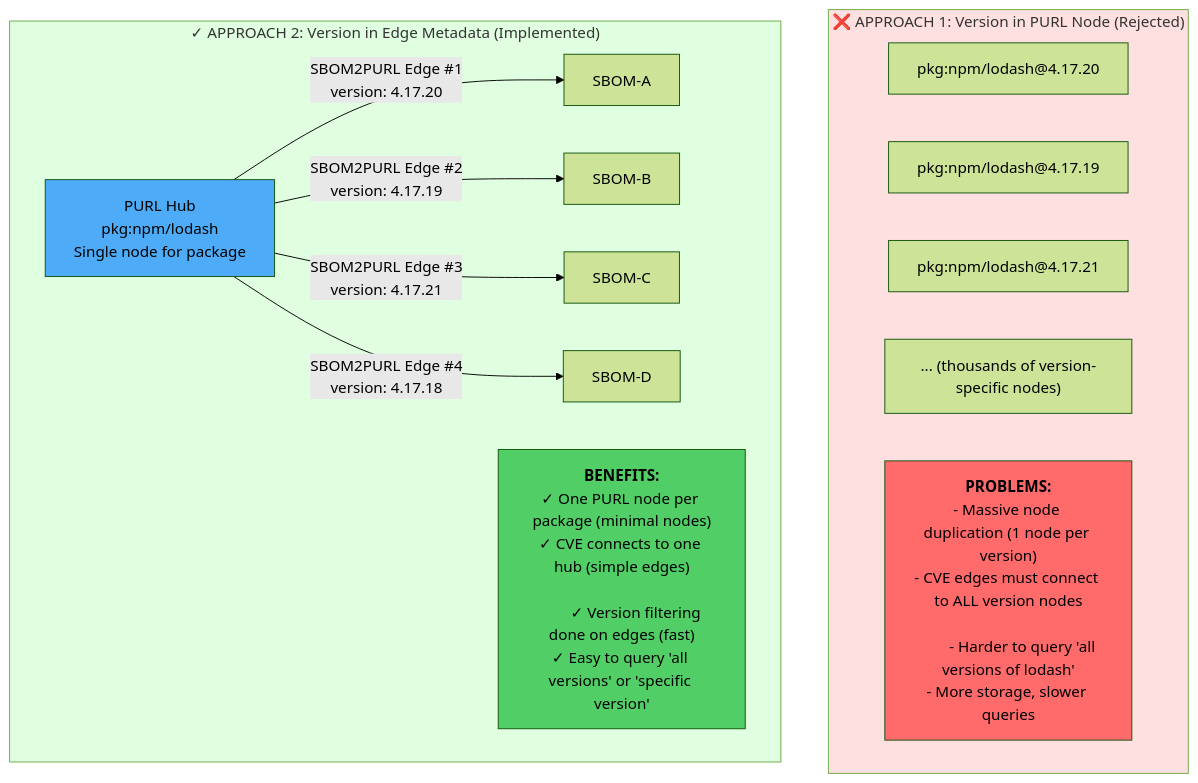
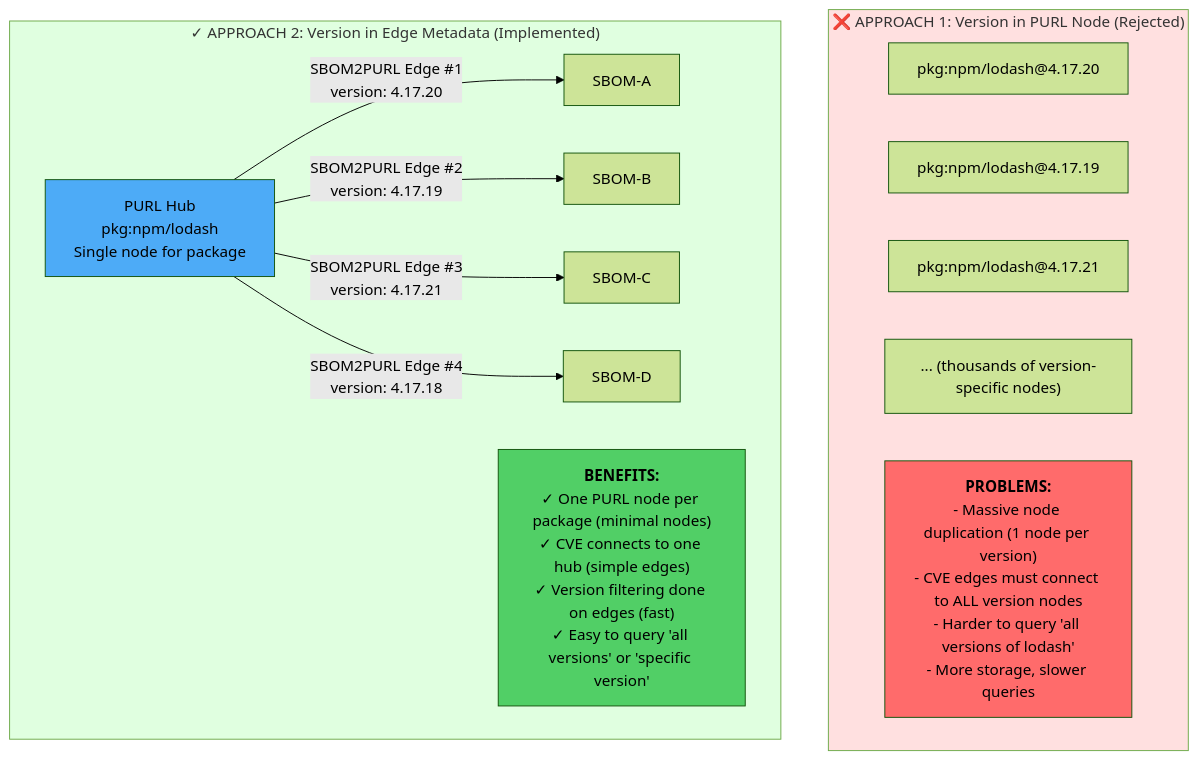
Before and after one commit to ortelius/cve2release-tracker: the seventh of 23 diagrams in design.md, drawn with Mermaid (forest theme). The commit also changed other lines of this file, not shown here.

````diff
--- a/design.md
+++ b/design.md
@@ -412,30 +411,28 @@
 ```mermaid
 flowchart TB
     subgraph Wrong["❌ APPROACH 1: Version in PURL Node (Rejected)"]
         W1["pkg:npm/lodash@4.17.20"]
         W2["pkg:npm/lodash@4.17.19"]
         W3["pkg:npm/lodash@4.17.21"]
         W4["... (thousands of version-specific nodes)"]
         
-        WProblems["<b>PROBLEMS:</b><br/>- Massive node duplication (1 node per version)<br/>- CVE edges must connect to ALL version nodes<br/>
-        - Harder to query 'all versions of lodash'<br/>- More storage, slower queries"]
+        WProblems["<b>PROBLEMS:</b><br/>- Massive node duplication (1 node per version)<br/>- CVE edges must connect to ALL version nodes<br/>- Harder to query 'all versions of lodash'<br/>- More storage, slower queries"]
     end
     
     subgraph Right["✓ APPROACH 2: Version in Edge Metadata (Implemented)"]
         Hub["PURL Hub<br/>pkg:npm/lodash<br/>Single node for package"]
         
         Hub -->|SBOM2PURL Edge #1<br/>version: 4.17.20| S1["SBOM-A"]
         Hub -->|SBOM2PURL Edge #2<br/>version: 4.17.19| S2["SBOM-B"]
         Hub -->|SBOM2PURL Edge #3<br/>version: 4.17.21| S3["SBOM-C"]
         Hub -->|SBOM2PURL Edge #4<br/>version: 4.17.18| S4["SBOM-D"]
         
-        RBenefits["<b>BENEFITS:</b><br/>✓ One PURL node per package (minimal nodes)<br/>✓ CVE connects to one hub (simple edges)<br/>
-        ✓ Version filtering done on edges (fast)<br/>✓ Easy to query 'all versions' or 'specific version'"]
+        RBenefits["<b>BENEFITS:</b><br/>✓ One PURL node per package (minimal nodes)<br/>✓ CVE connects to one hub (simple edges)<br/>✓ Version filtering done on edges (fast)<br/>✓ Easy to query 'all versions' or 'specific version'"]
     end
     
     style Wrong fill:#ffe0e0
     style Right fill:#e0ffe0
     style Hub fill:#4dabf7
     style WProblems fill:#ff6b6b
     style RBenefits fill:#51cf66
 ```
````
